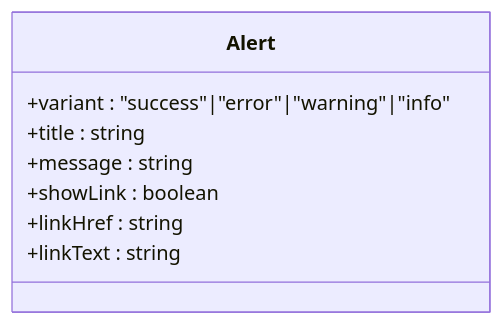
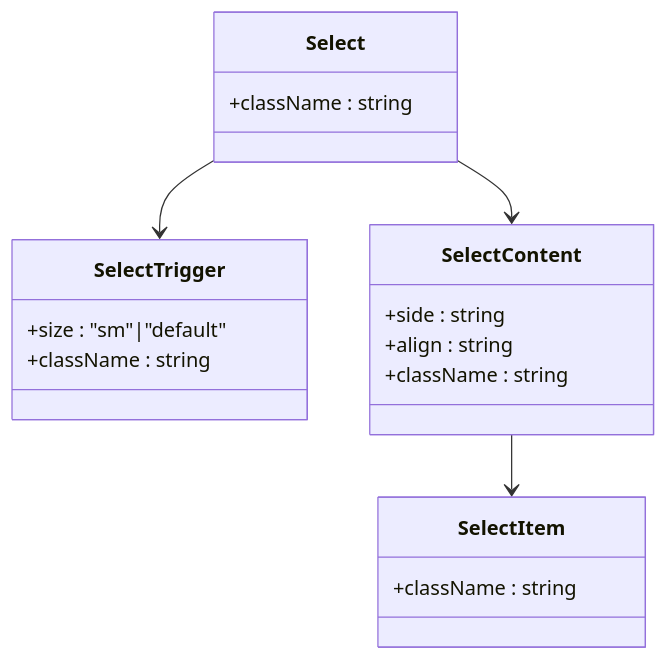
One commit to HAOFUYANG/nextjs-admin changed the fifth of 8 diagrams in .qoder/repowiki/zh/content/UI 组件库/UI 组件库.md. Above: the diagram before and after it, drawn with Mermaid. The commit also changed other lines of this file and 4 other files, not shown here.

````diff
--- a/.qoder/repowiki/zh/content/UI 组件库/UI 组件库.md
+++ b/.qoder/repowiki/zh/content/UI 组件库/UI 组件库.md
@@ -296,11 +288,21 @@
 ```mermaid
 classDiagram
-class Alert {
-+variant : "success"|"error"|"warning"|"info"
-+title : string
-+message : string
-+showLink : boolean
-+linkHref : string
-+linkText : string
+class Select {
++className : string
 }
+class SelectTrigger {
++size : "sm"|"default"
++className : string
+}
+class SelectContent {
++side : string
++align : string
++className : string
+}
+class SelectItem {
++className : string
+}
+Select --> SelectTrigger
+Select --> SelectContent
+SelectContent --> SelectItem
 ```
````
